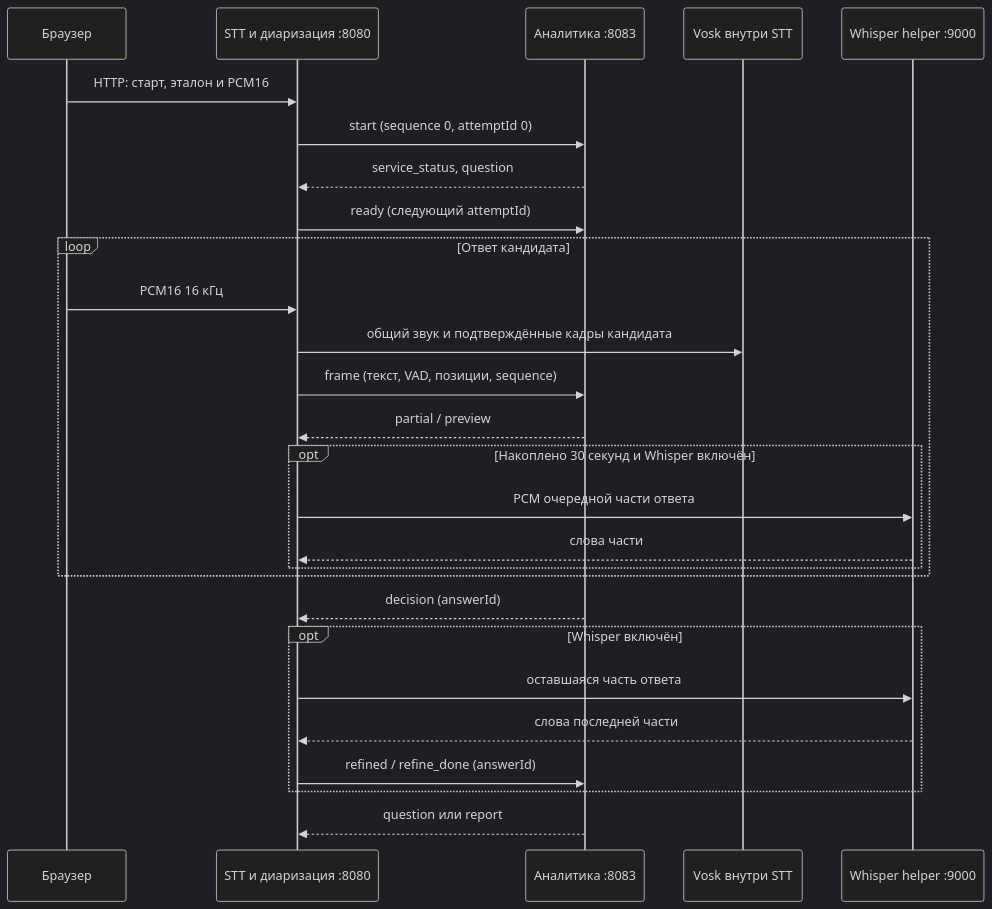
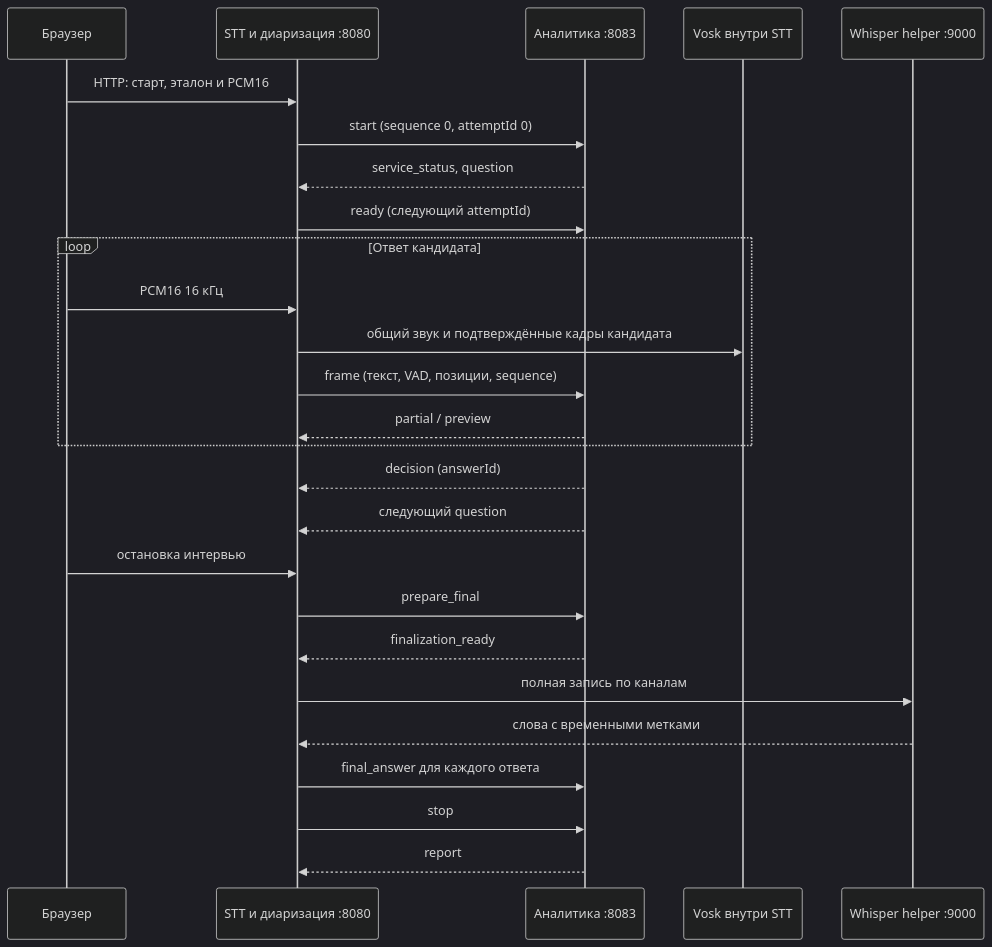
The diagram in docs/api/interview-events.md (ArtemSorin/stt-platform), drawn with Mermaid (dark theme) before and after one commit. The commit also changed other lines of this file and 63 other files, not shown here.

````diff
--- a/docs/api/interview-events.md
+++ b/docs/api/interview-events.md
@@ -68,29 +73,28 @@
 ```mermaid
 sequenceDiagram
     participant B as Браузер
     participant S as STT и диаризация :8080
     participant A as Аналитика :8083
     participant V as Vosk внутри STT
     participant W as Whisper helper :9000
     B->>S: HTTP: старт, эталон и PCM16
     S->>A: start (sequence 0, attemptId 0)
     A-->>S: service_status, question
     S->>A: ready (следующий attemptId)
     loop Ответ кандидата
         B->>S: PCM16 16 кГц
         S->>V: общий звук и подтверждённые кадры кандидата
         S->>A: frame (текст, VAD, позиции, sequence)
         A-->>S: partial / preview
-        opt Накоплено 30 секунд и Whisper включён
-            S->>W: PCM очередной части ответа
-            W-->>S: слова части
-        end
     end
     A-->>S: decision (answerId)
-    opt Whisper включён
-        S->>W: оставшаяся часть ответа
-        W-->>S: слова последней части
-        S->>A: refined / refine_done (answerId)
-    end
-    A-->>S: question или report
+    A-->>S: следующий question
+    B->>S: остановка интервью
+    S->>A: prepare_final
+    A-->>S: finalization_ready
+    S->>W: полная запись по каналам
+    W-->>S: слова с временными метками
+    S->>A: final_answer для каждого ответа
+    S->>A: stop
+    A-->>S: report
 ```
````
